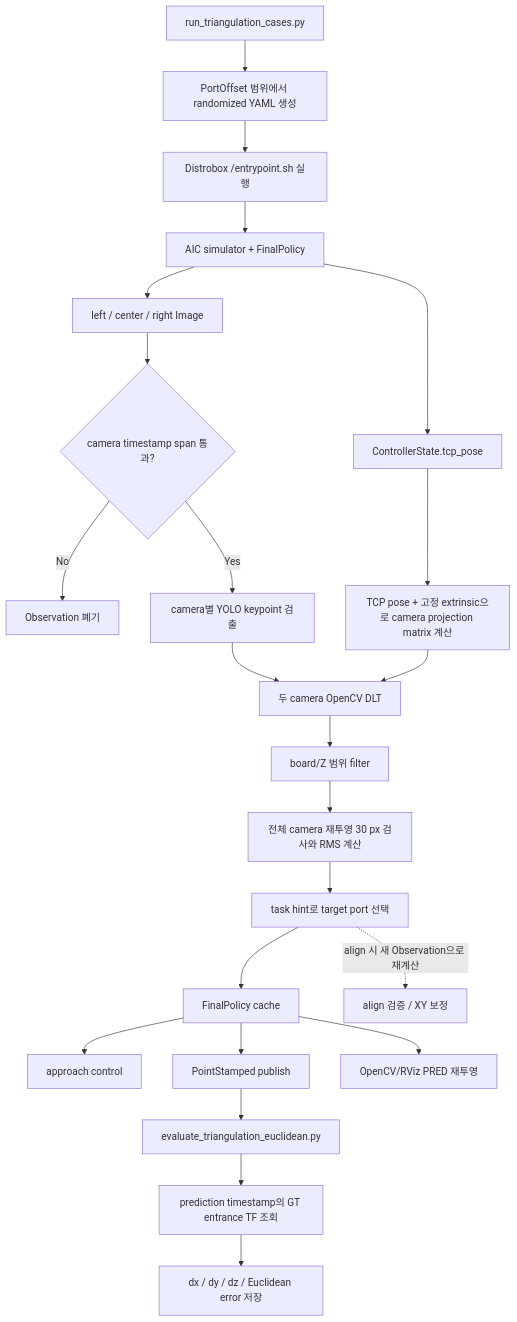
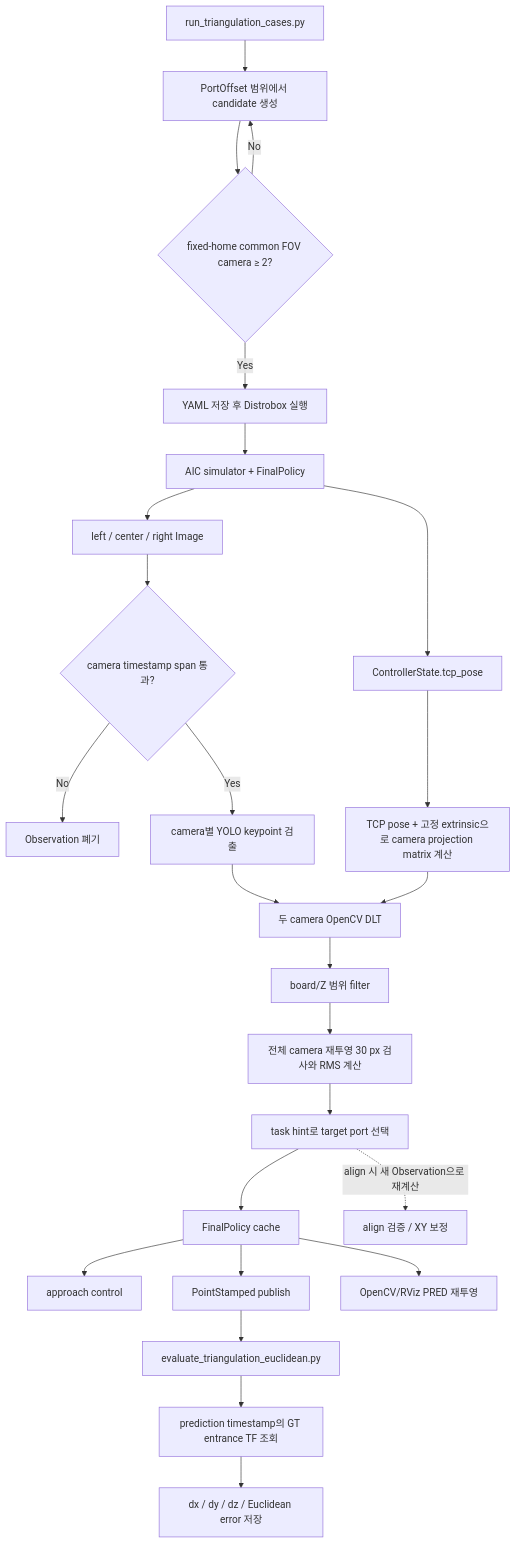
One commit to JungSeong/AIC_Sejong changed the first of 2 diagrams in ws_aic/report/Triangulation_report.md. Above: the diagram before and after it, drawn with Mermaid. The commit also changed other lines of this file and 8 other files, not shown here.

```diff
--- a/ws_aic/report/Triangulation_report.md
+++ b/ws_aic/report/Triangulation_report.md
@@ -76,28 +67,30 @@
 ~~~mermaid
 flowchart TB
-    A["run_triangulation_cases.py"] --> B["PortOffset 범위에서 randomized YAML 생성"]
-    B --> C["Distrobox /entrypoint.sh 실행"]
+    A["run_triangulation_cases.py"] --> B["PortOffset 범위에서 candidate 생성"]
+    B --> B2{"fixed-home common FOV camera ≥ 2?"}
+    B2 -->|No| B
+    B2 -->|Yes| C["YAML 저장 후 Distrobox 실행"]
     C --> D["AIC simulator + FinalPolicy"]
 
     D --> E["left / center / right Image"]
     D --> F["ControllerState.tcp_pose"]
     E --> G{"camera timestamp span 통과?"}
     G -->|No| H["Observation 폐기"]
     G -->|Yes| I["camera별 YOLO keypoint 검출"]
     F --> J["TCP pose + 고정 extrinsic으로 camera projection matrix 계산"]
     I --> K["두 camera OpenCV DLT"]
     J --> K
     K --> L["board/Z 범위 filter"]
     L --> M["전체 camera 재투영 30 px 검사와 RMS 계산"]
     M --> N["task hint로 target port 선택"]
 
     N --> O["FinalPolicy cache"]
     O --> P["approach control"]
     N -. "align 시 새 Observation으로 재계산" .-> V["align 검증 / XY 보정"]
     O --> Q["PointStamped publish"]
     O --> R["OpenCV/RViz PRED 재투영"]
 
     Q --> S["evaluate_triangulation_euclidean.py"]
     S --> T["prediction timestamp의 GT entrance TF 조회"]
     T --> U["dx / dy / dz / Euclidean error 저장"]
 ~~~
```
